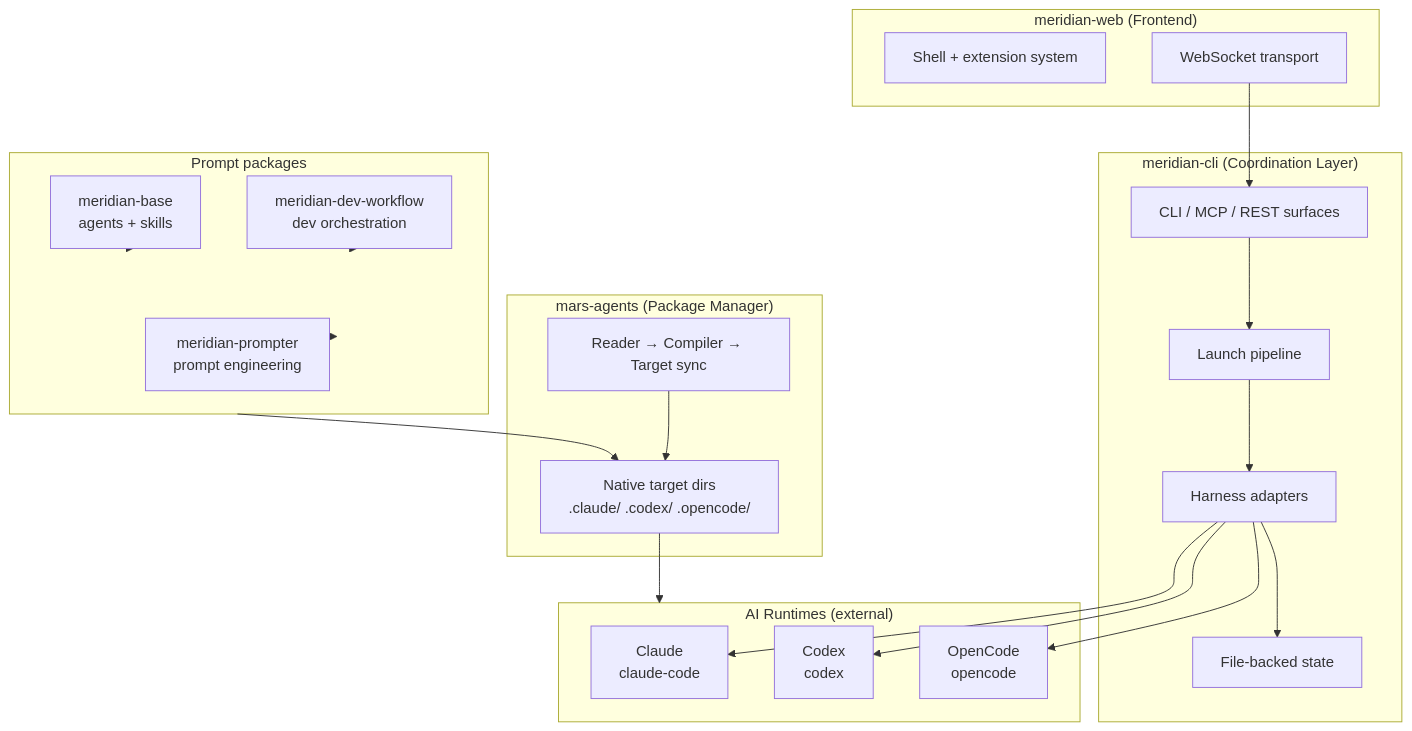
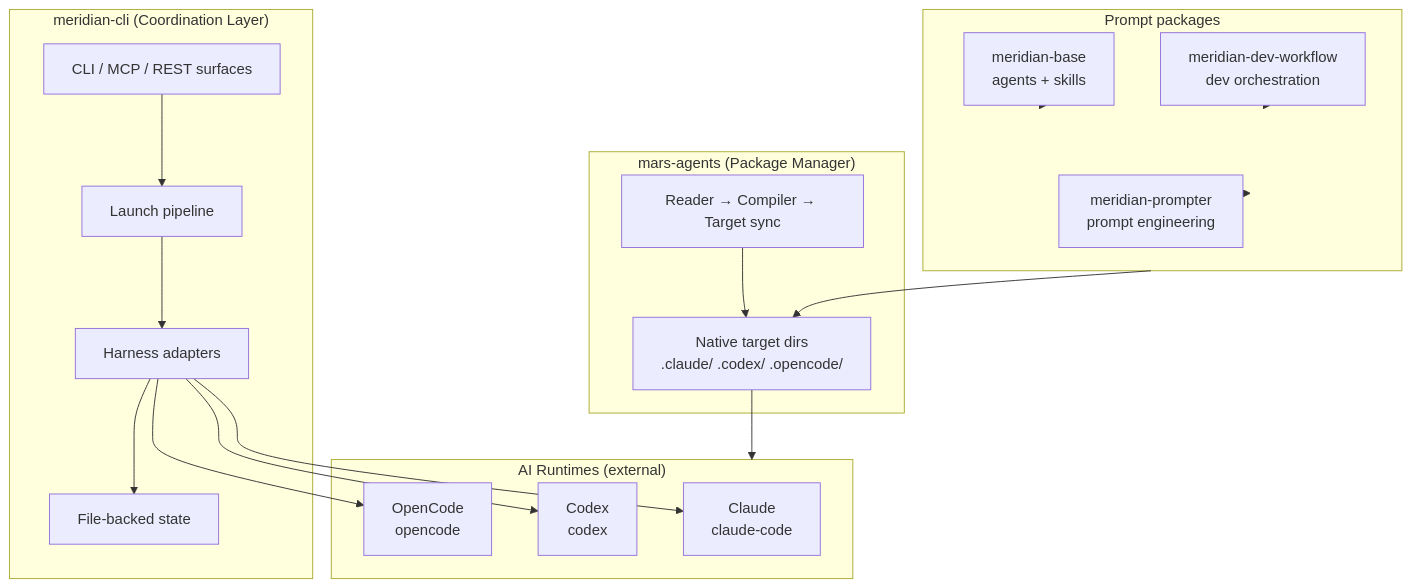
The first of 3 diagrams in kb/overview.md (haowjy/meridian-cli-kb), drawn with Mermaid before and after one commit. The commit also changed other lines of this file and 1 other file, not shown here.

First line of the commit message:
docs: remove meridian-web from ecosystem

````diff
--- a/kb/overview.md
+++ b/kb/overview.md
@@ -27,43 +27,37 @@
 ```mermaid
 graph TD
     subgraph Coordination ["meridian-cli (Coordination Layer)"]
         CLI[CLI / MCP / REST surfaces]
         LAUNCH[Launch pipeline]
         STATE[File-backed state]
         HARNESS[Harness adapters]
     end
 
     subgraph Packages ["mars-agents (Package Manager)"]
         MARS[Reader → Compiler → Target sync]
         TARGETS[Native target dirs<br/>.claude/ .codex/ .opencode/]
-    end
-
-    subgraph Web ["meridian-web (Frontend)"]
-        SHELL[Shell + extension system]
-        WS[WebSocket transport]
     end
 
     subgraph Prompts ["Prompt packages"]
         BASE[meridian-base<br/>agents + skills]
         DEV[meridian-dev-workflow<br/>dev orchestration]
         PROMPTER[meridian-prompter<br/>prompt engineering]
     end
 
     subgraph Runtimes ["AI Runtimes (external)"]
         CLAUDE[Claude<br/>claude-code]
         CODEX[Codex<br/>codex]
         OPENCODE[OpenCode<br/>opencode]
     end
 
     CLI --> LAUNCH
     LAUNCH --> HARNESS
     HARNESS --> CLAUDE & CODEX & OPENCODE
     HARNESS --> STATE
     MARS --> TARGETS
     TARGETS --> Runtimes
     BASE --> Prompts
     DEV --> Prompts
     PROMPTER --> Prompts
     Prompts --> TARGETS
-    WS --> CLI
 ```
````
